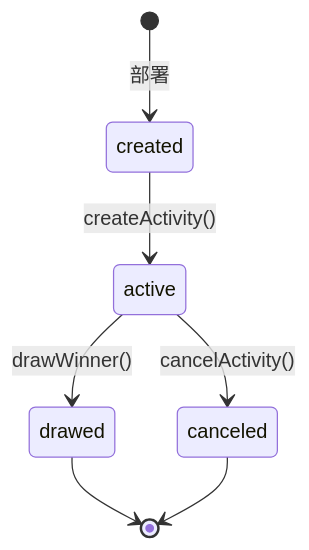
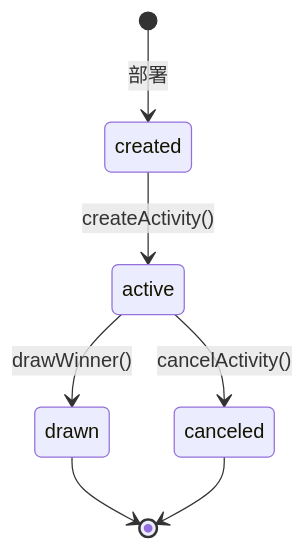
Before and after one commit to foguangsword/lottery: the third of 3 diagrams in README.md, drawn with Mermaid. The commit also changed other lines of this file and 23 other files, not shown here.

````diff
--- a/README.md
+++ b/README.md
@@ -115,9 +131,9 @@
 ```mermaid
 stateDiagram-v2
     [*] --> created: 部署
     created --> active: createActivity()
-    active --> drawed: drawWinner()
+    active --> drawn: drawWinner()
     active --> canceled: cancelActivity()
-    drawed --> [*]
+    drawn --> [*]
     canceled --> [*]
 ```
````
